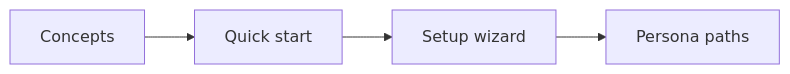
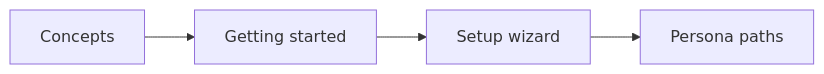
The diagram in docs/onboarding/index.mdx (SveltyCMS/SveltyCMS), drawn with Mermaid before and after one commit. The commit also changed other lines of this file and 60 other files, not shown here.

````diff
--- a/docs/onboarding/index.mdx
+++ b/docs/onboarding/index.mdx
@@ -21,6 +21,6 @@
 ```mermaid
 flowchart LR
-    Concepts["Concepts"] --> Quick["Quick start"]
-    Quick --> Wizard["Setup wizard"]
+    Concepts["Concepts"] --> Start["Getting started"]
+    Start --> Wizard["Setup wizard"]
     Wizard --> Roles["Persona paths"]
 ```
````
